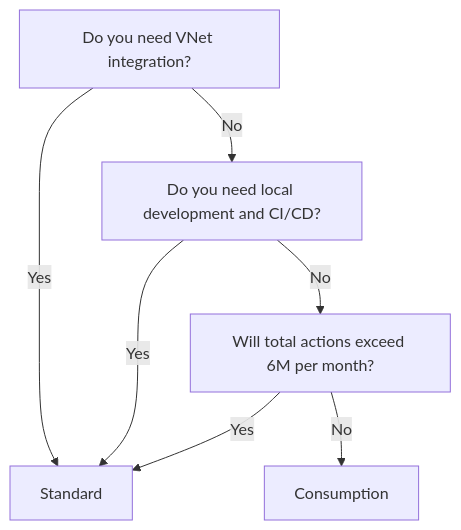
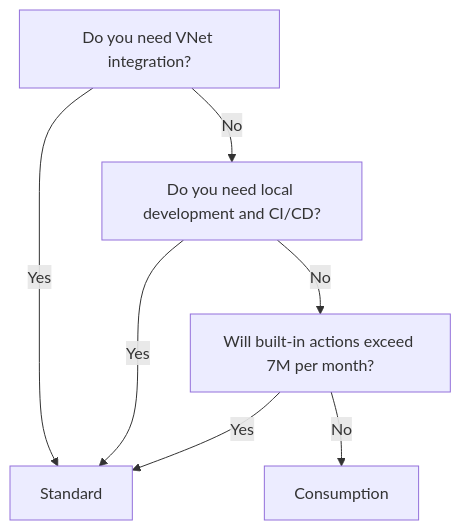
Before and after one commit to OneUptime/blog: the diagram in posts/2026-02-16-how-to-choose-between-azure-logic-apps-standard-and-consumption-pricing-plans/README.md, drawn with Mermaid. The commit also changed other lines of this file and 2 other files, not shown here.

````diff
--- a/posts/2026-02-16-how-to-choose-between-azure-logic-apps-standard-and-consumption-pricing-plans/README.md
+++ b/posts/2026-02-16-how-to-choose-between-azure-logic-apps-standard-and-consumption-pricing-plans/README.md
@@ -171,9 +171,9 @@
 ```mermaid
 graph TD
     A[Do you need VNet integration?] -->|Yes| B[Standard]
     A -->|No| C[Do you need local development and CI/CD?]
     C -->|Yes| B
-    C -->|No| D[Will total actions exceed 6M per month?]
+    C -->|No| D[Will built-in actions exceed 7M per month?]
     D -->|Yes| B
     D -->|No| E[Consumption]
 ```
````
